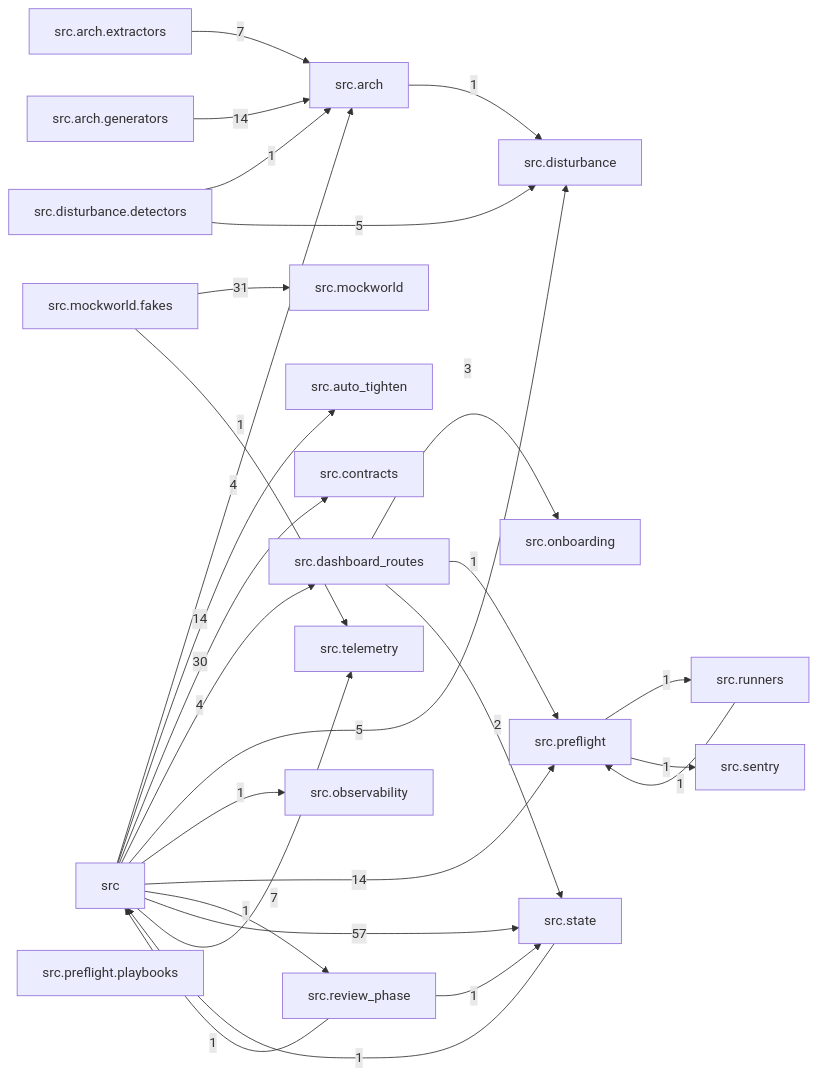
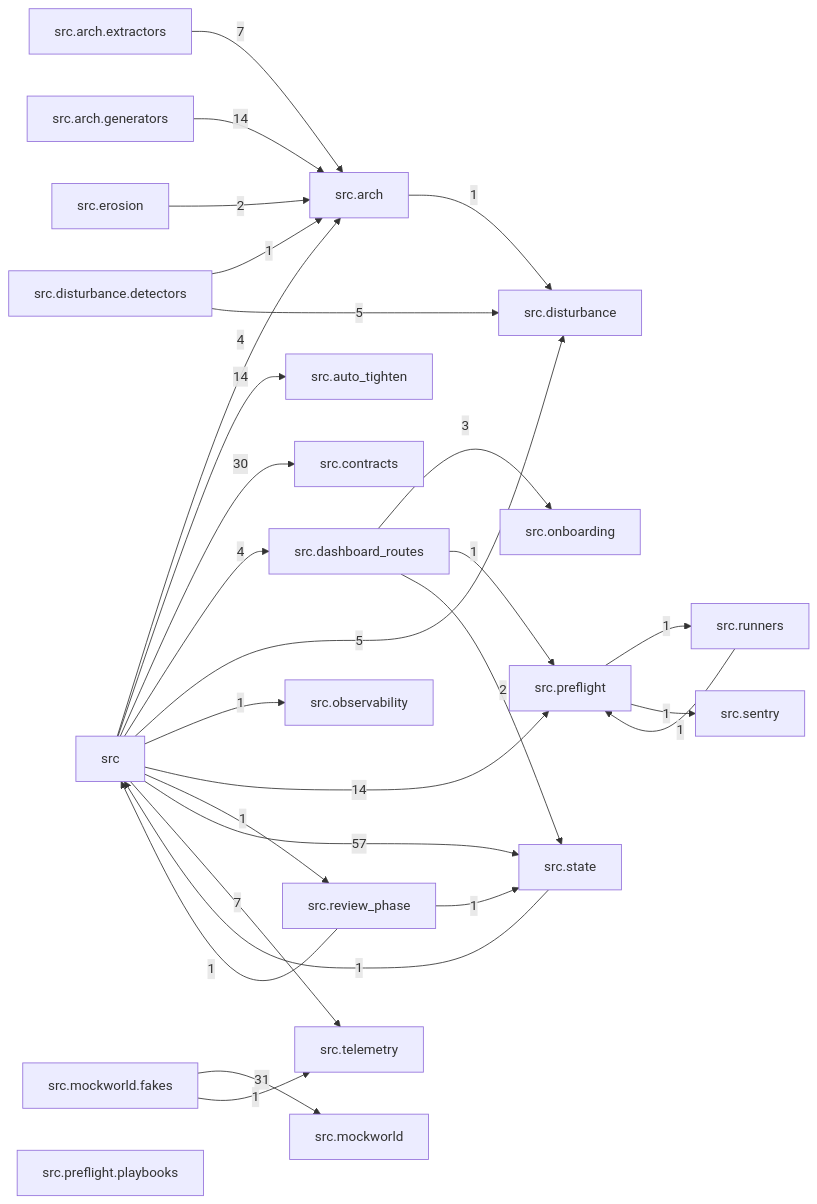
One commit to T-rav/hydraflow changed the diagram in docs/arch/generated/modules.md. Above: the diagram before and after it, drawn with Mermaid. The commit also changed 7 other files, not shown here.

````diff
--- a/docs/arch/generated/modules.md
+++ b/docs/arch/generated/modules.md
@@ -7,49 +7,51 @@
 ```mermaid
 graph LR
     src["src"]
     src_arch["src.arch"]
     src_arch_extractors["src.arch.extractors"]
     src_arch_generators["src.arch.generators"]
     src_auto_tighten["src.auto_tighten"]
     src_contracts["src.contracts"]
     src_dashboard_routes["src.dashboard_routes"]
     src_disturbance["src.disturbance"]
     src_disturbance_detectors["src.disturbance.detectors"]
+    src_erosion["src.erosion"]
     src_mockworld["src.mockworld"]
     src_mockworld_fakes["src.mockworld.fakes"]
     src_observability["src.observability"]
     src_onboarding["src.onboarding"]
     src_preflight["src.preflight"]
     src_preflight_playbooks["src.preflight.playbooks"]
     src_review_phase["src.review_phase"]
     src_runners["src.runners"]
     src_sentry["src.sentry"]
     src_state["src.state"]
     src_telemetry["src.telemetry"]
     src -- "4" --> src_arch
     src -- "14" --> src_auto_tighten
     src -- "30" --> src_contracts
     src -- "4" --> src_dashboard_routes
     src -- "5" --> src_disturbance
     src -- "1" --> src_observability
     src -- "14" --> src_preflight
     src -- "1" --> src_review_phase
     src -- "57" --> src_state
     src -- "7" --> src_telemetry
     src_arch -- "1" --> src_disturbance
     src_arch_extractors -- "7" --> src_arch
     src_arch_generators -- "14" --> src_arch
     src_dashboard_routes -- "3" --> src_onboarding
     src_dashboard_routes -- "1" --> src_preflight
     src_dashboard_routes -- "2" --> src_state
     src_disturbance_detectors -- "1" --> src_arch
     src_disturbance_detectors -- "5" --> src_disturbance
+    src_erosion -- "2" --> src_arch
     src_mockworld_fakes -- "31" --> src_mockworld
     src_mockworld_fakes -- "1" --> src_telemetry
     src_preflight -- "1" --> src_runners
     src_preflight -- "1" --> src_sentry
     src_review_phase -- "1" --> src
     src_review_phase -- "1" --> src_state
     src_runners -- "1" --> src_preflight
     src_state -- "1" --> src
 ```
````
